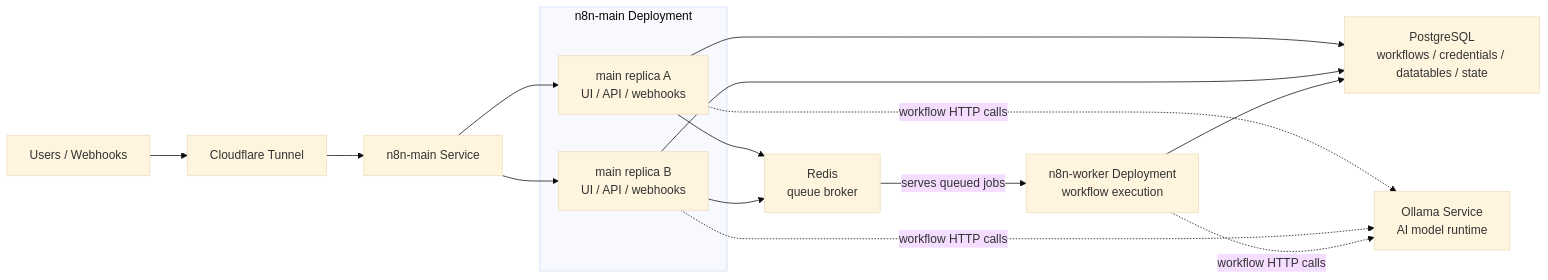
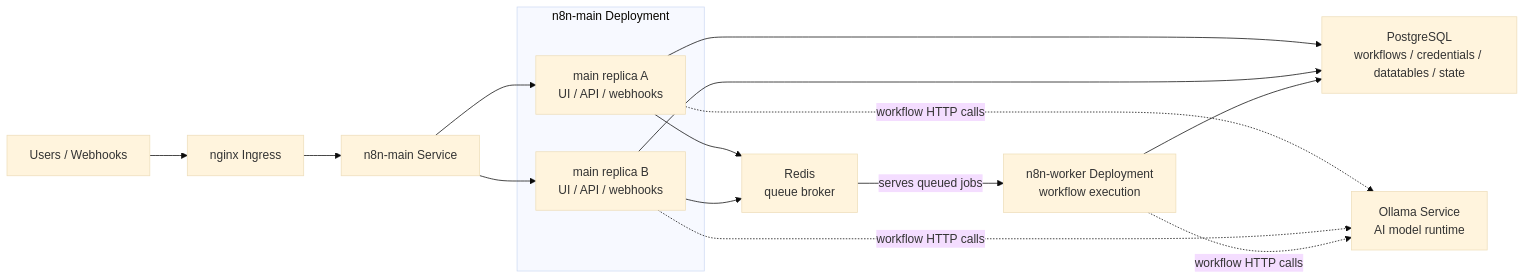
One commit to joelemieux66/n8n-local-k8s changed the first of 2 diagrams in README.md. Above: the diagram before and after it, drawn with Mermaid (base theme). The commit also changed other lines of this file and 15 other files, not shown here.

First line of the commit message:
Switch chart to local-only ingress and remove Cloudflare.

````diff
--- a/README.md
+++ b/README.md
@@ -11,25 +11,25 @@
 ```mermaid
 flowchart LR
-  user["Users / Webhooks"] --> cf["Cloudflare Tunnel"]
-  cf --> svc["n8n-main Service"]
+  user["Users / Webhooks"] --> ingress["nginx Ingress"]
+  ingress --> svc["n8n-main Service"]
 
   subgraph mains["n8n-main Deployment"]
     mainA["main replica A\nUI / API / webhooks"]
     mainB["main replica B\nUI / API / webhooks"]
   end
 
   svc --> mainA
   svc --> mainB
 
   mainA --> pg["PostgreSQL\nworkflows / credentials / datatables / state"]
   mainB --> pg
   mainA --> redis["Redis\nqueue broker"]
   mainB --> redis
 
   redis -->|"serves queued jobs"| worker["n8n-worker Deployment\nworkflow execution"]
   worker --> pg
 
   mainA -. "workflow HTTP calls" .-> ollama["Ollama Service\nAI model runtime"]
   mainB -. "workflow HTTP calls" .-> ollama
   worker -. "workflow HTTP calls" .-> ollama
 ```
````
